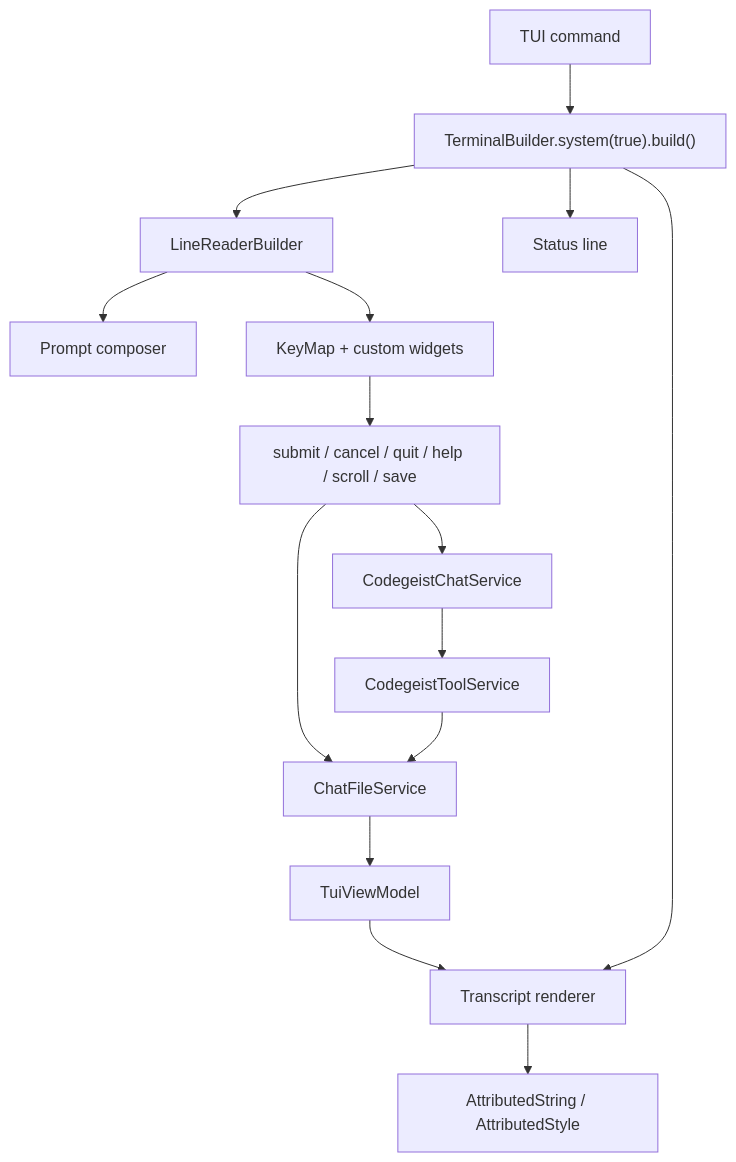
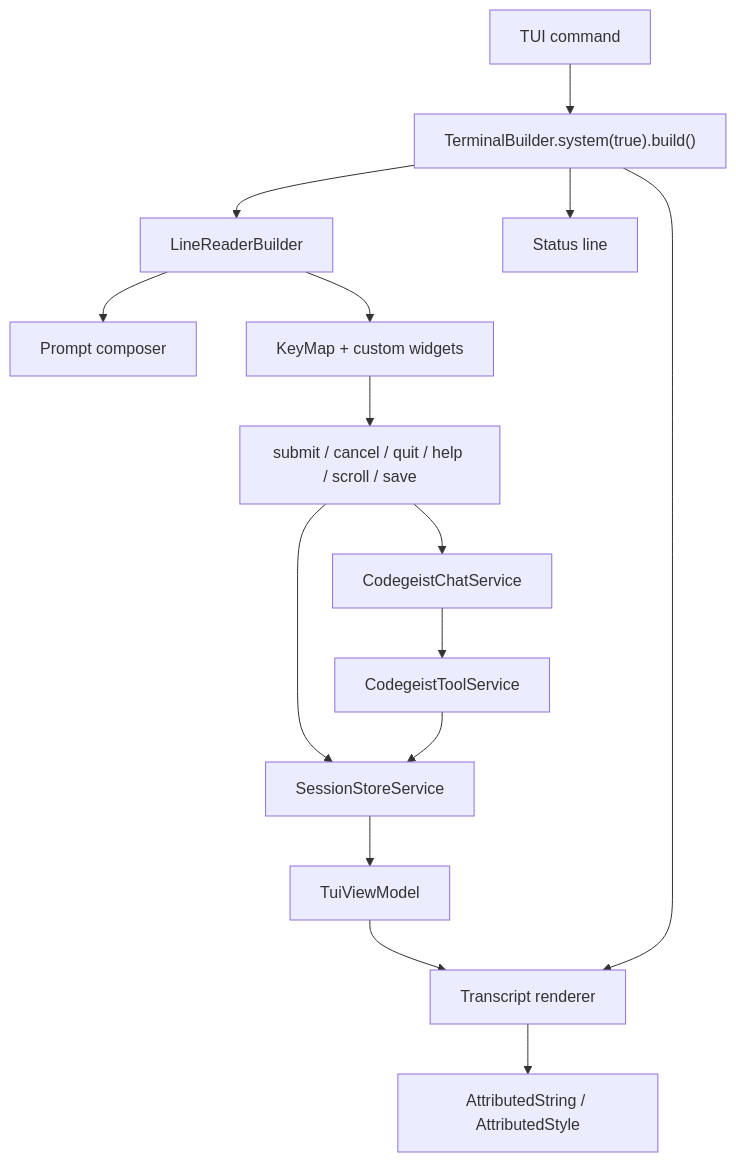
One commit to codegeist-ai/codegeist changed the first of 2 diagrams in docs/tasks/T007_build-codegeist-runtime-harness/tui-opencode-jline-mapping.md. Above: the diagram before and after it, drawn with Mermaid. The commit also changed other lines of this file and 22 other files, not shown here.

````diff
--- a/docs/tasks/T007_build-codegeist-runtime-harness/tui-opencode-jline-mapping.md
+++ b/docs/tasks/T007_build-codegeist-runtime-harness/tui-opencode-jline-mapping.md
@@ -69,17 +75,17 @@
 ```mermaid
 flowchart TD
     Entrypoint["TUI command"] --> Terminal["TerminalBuilder.system(true).build()"]
     Terminal --> Reader["LineReaderBuilder"]
     Reader --> Composer["Prompt composer"]
     Reader --> Keys["KeyMap + custom widgets"]
     Terminal --> StatusLine["Status line"]
     Terminal --> Render["Transcript renderer"]
     Render --> Style["AttributedString / AttributedStyle"]
     Keys --> Actions["submit / cancel / quit / help / scroll / save"]
-    Actions --> ChatFile["ChatFileService"]
+    Actions --> SessionStore["SessionStoreService"]
     Actions --> Chat["CodegeistChatService"]
     Chat --> ToolService["CodegeistToolService"]
-    ToolService --> ChatFile
-    ChatFile --> ViewModel["TuiViewModel"]
+    ToolService --> SessionStore
+    SessionStore --> ViewModel["TuiViewModel"]
     ViewModel --> Render
 ```
````
